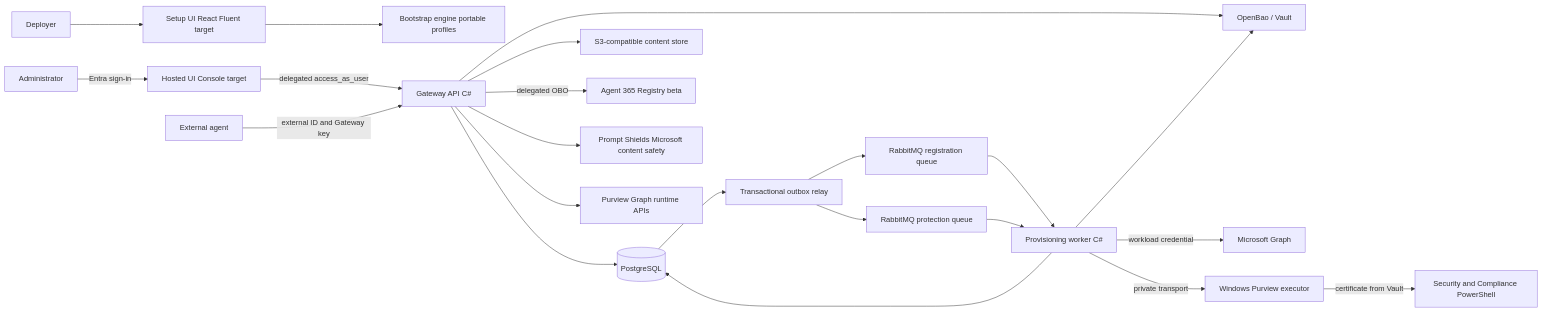
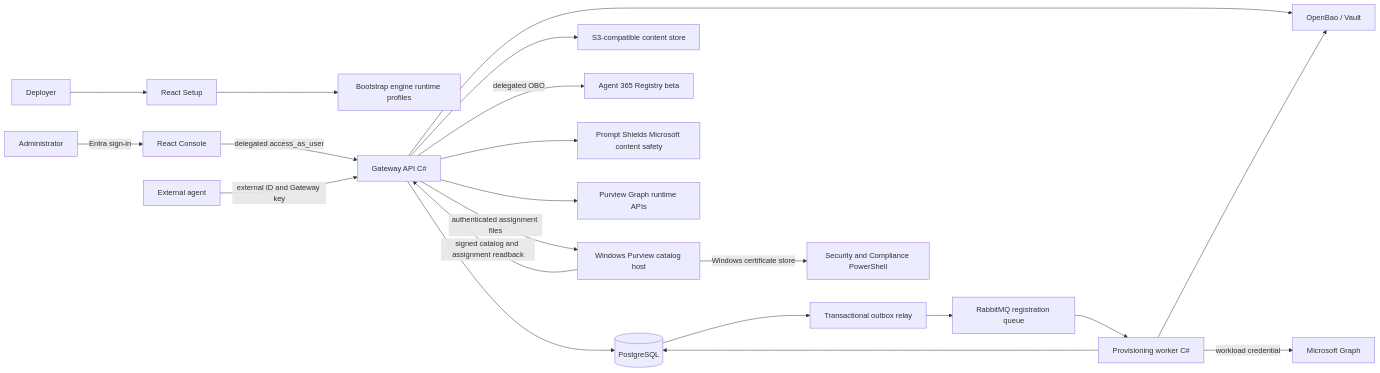
The diagram in docs/architecture/system-architecture.md (patrick-shim/a365-custom-gateway), drawn with Mermaid before and after one commit. The commit also changed other lines of this file and 696 other files, not shown here.

````diff
--- a/docs/architecture/system-architecture.md
+++ b/docs/architecture/system-architecture.md
@@ -65,24 +76,23 @@
 ```mermaid
 flowchart LR
-    Operator[Administrator] -->|Entra sign-in| Ui[Hosted UI Console target]
-    Deployer[Deployer] --> Setup[Setup UI React Fluent target]
-    Setup --> Bootstrap[Bootstrap engine portable profiles]
+    Operator[Administrator] -->|Entra sign-in| Ui[React Console]
+    Deployer[Deployer] --> Setup[React Setup]
+    Setup --> Bootstrap[Bootstrap engine runtime profiles]
     Ui -->|delegated access_as_user| Api[Gateway API C#]
     External[External agent] -->|external ID and Gateway key| Api
     Api --> Db[(PostgreSQL)]
     Db --> Relay[Transactional outbox relay]
     Relay --> RegistrationQueue[RabbitMQ registration queue]
-    Relay --> ProtectionQueue[RabbitMQ protection queue]
     RegistrationQueue --> Worker[Provisioning worker C#]
-    ProtectionQueue --> Worker
     Worker --> Db
     Api --> Vault[OpenBao / Vault]
     Worker --> Vault
     Api --> Objects[S3-compatible content store]
     Worker -->|workload credential| Graph[Microsoft Graph]
     Api -->|delegated OBO| Registry[Agent 365 Registry beta]
     Api --> Shield[Prompt Shields Microsoft content safety]
     Api --> Purview[Purview Graph runtime APIs]
-    Worker -->|private transport| Executor[Windows Purview executor]
-    Executor -->|certificate from Vault| Compliance[Security and Compliance PowerShell]
+    Api -->|authenticated assignment files| Catalog[Windows Purview catalog host]
+    Catalog -->|signed catalog and assignment readback| Api
+    Catalog -->|Windows certificate store| Compliance[Security and Compliance PowerShell]
 ```
````
